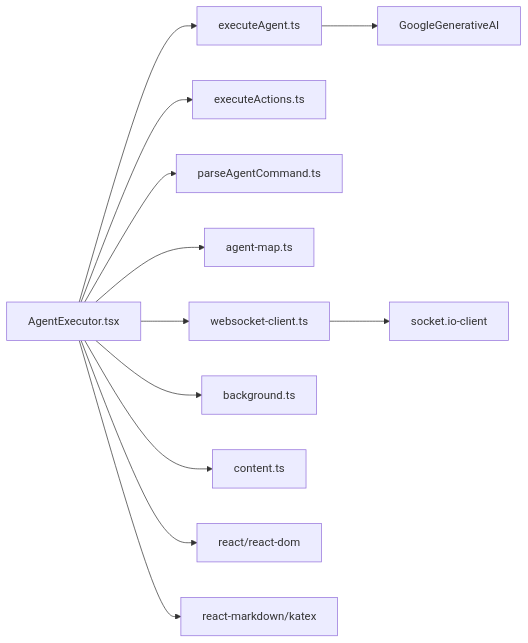
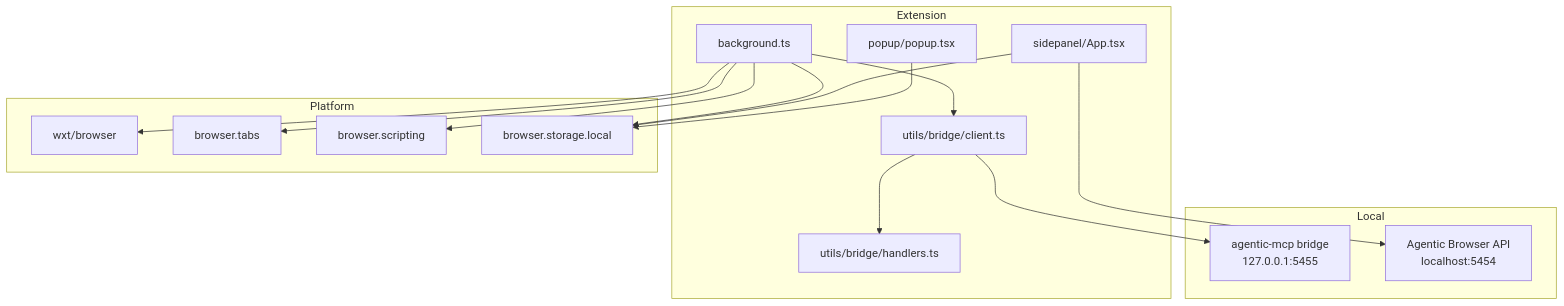
The sixth of 6 diagrams in src/data/docs/agentic-browser/Browser Automation/Extension Architecture and Components.md (tashifkhan/tashif.codes), drawn with Mermaid before and after one commit. The commit also changed other lines of this file and 114 other files, not shown here.

Commit message:
docs(agentic-browser): update docs in place and expand coverage

````diff
--- a/src/data/docs/agentic-browser/Browser Automation/Extension Architecture and Components.md
+++ b/src/data/docs/agentic-browser/Browser Automation/Extension Architecture and Components.md
@@ -225,14 +161,30 @@
 ```mermaid
-graph LR
-AE["AgentExecutor.tsx"] --> EA["executeAgent.ts"]
-AE --> EAct["executeActions.ts"]
-AE --> PAC["parseAgentCommand.ts"]
-AE --> AM["agent-map.ts"]
-AE --> WS["websocket-client.ts"]
-AE --> BG["background.ts"]
-AE --> CT["content.ts"]
-WS --> IO["socket.io-client"]
-EA --> GA["GoogleGenerativeAI"]
-AE --> React["react/react-dom"]
-AE --> MD["react-markdown/katex"]
+graph TB
+  subgraph Extension
+    BG["background.ts"]
+    SP["sidepanel/App.tsx"]
+    PU["popup/popup.tsx"]
+    BR["utils/bridge/client.ts"]
+    HD["utils/bridge/handlers.ts"]
+  end
+  subgraph Platform
+    WXT["wxt/browser"]
+    Tabs["browser.tabs"]
+    Scripting["browser.scripting"]
+    Storage["browser.storage.local"]
+  end
+  subgraph Local
+    Bridge["agentic-mcp bridge<br/>127.0.0.1:5455"]
+    API["Agentic Browser API<br/>localhost:5454"]
+  end
+  BG --> WXT
+  BG --> Tabs
+  BG --> Scripting
+  BG --> Storage
+  BG --> BR
+  BR --> Bridge
+  BR --> HD
+  SP --> API
+  SP --> Storage
+  PU --> Storage
 ```
````
